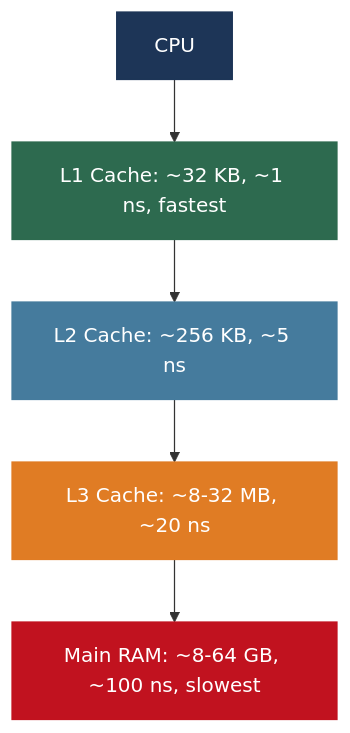
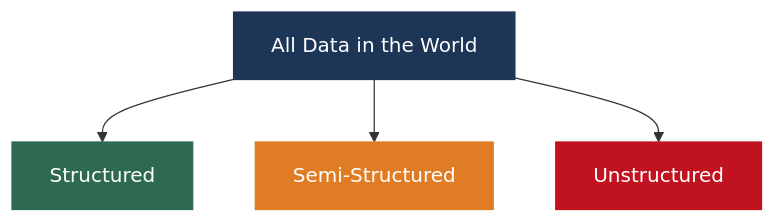
The first of 8 diagrams in Week1/Lecture2_Hardware_Moores_Amdahls.md (MuhammadTahaNasir/Big-Data-Analytics-Notes), drawn with Mermaid before and after one commit. The commit also changed other lines of this file, not shown here.

````diff
--- a/Week1/Lecture2_Hardware_Moores_Amdahls.md
+++ b/Week1/Lecture2_Hardware_Moores_Amdahls.md
@@ -54,16 +24,11 @@
 ```mermaid
 flowchart TD
-    CPU[CPU]
-    L1[L1 Cache: ~32 KB, ~1 ns, fastest]
-    L2[L2 Cache: ~256 KB, ~5 ns]
-    L3[L3 Cache: ~8-32 MB, ~20 ns]
-    RAM[Main RAM: ~8-64 GB, ~100 ns, slowest]
+    ALL[All Data in the World] --> S[Structured]
+    ALL --> SS[Semi-Structured]
+    ALL --> U[Unstructured]
 
-    CPU --> L1 --> L2 --> L3 --> RAM
-
-    style CPU fill:#1d3557,color:#fff,stroke:#1d3557
-    style L1 fill:#2d6a4f,color:#fff,stroke:#2d6a4f
-    style L2 fill:#457b9d,color:#fff,stroke:#457b9d
-    style L3 fill:#e07c24,color:#fff,stroke:#e07c24
-    style RAM fill:#c1121f,color:#fff,stroke:#c1121f
+    style ALL fill:#1d3557,color:#fff,stroke:#1d3557
+    style S fill:#2d6a4f,color:#fff,stroke:#2d6a4f
+    style SS fill:#e07c24,color:#fff,stroke:#e07c24
+    style U fill:#c1121f,color:#fff,stroke:#c1121f
 ```
````
